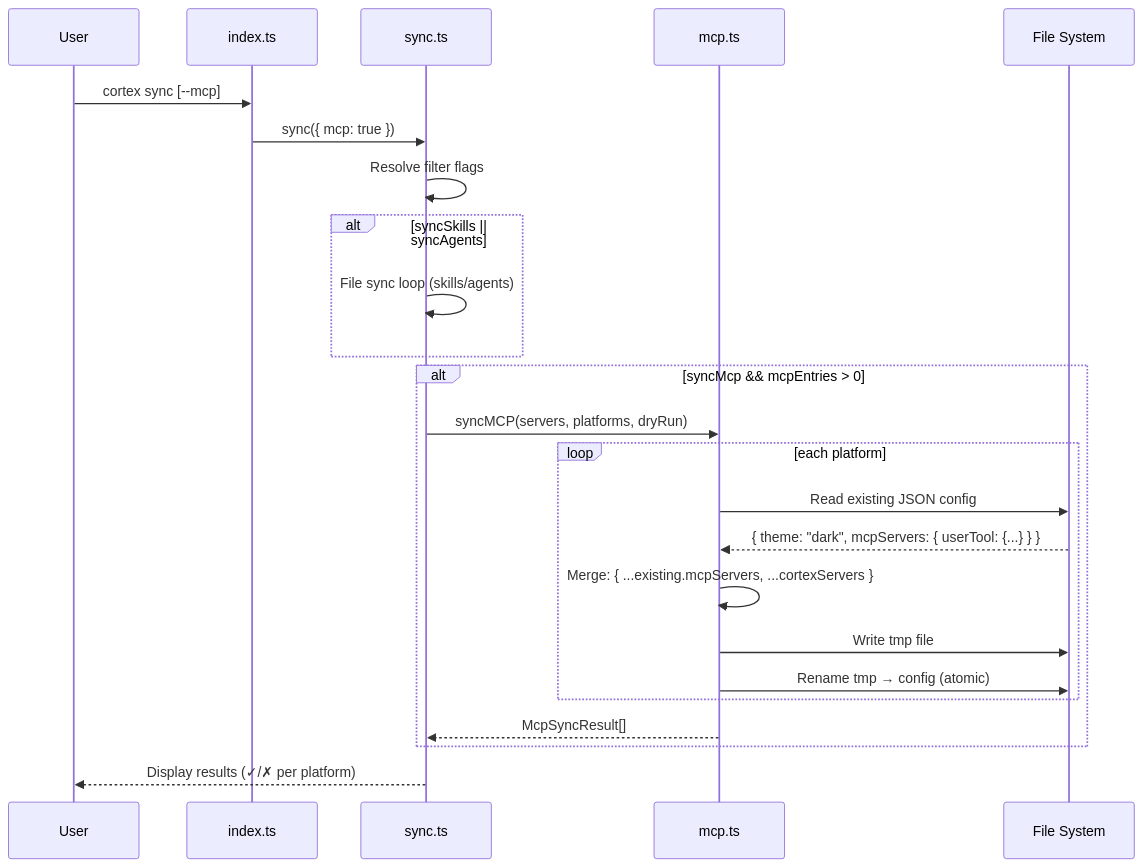
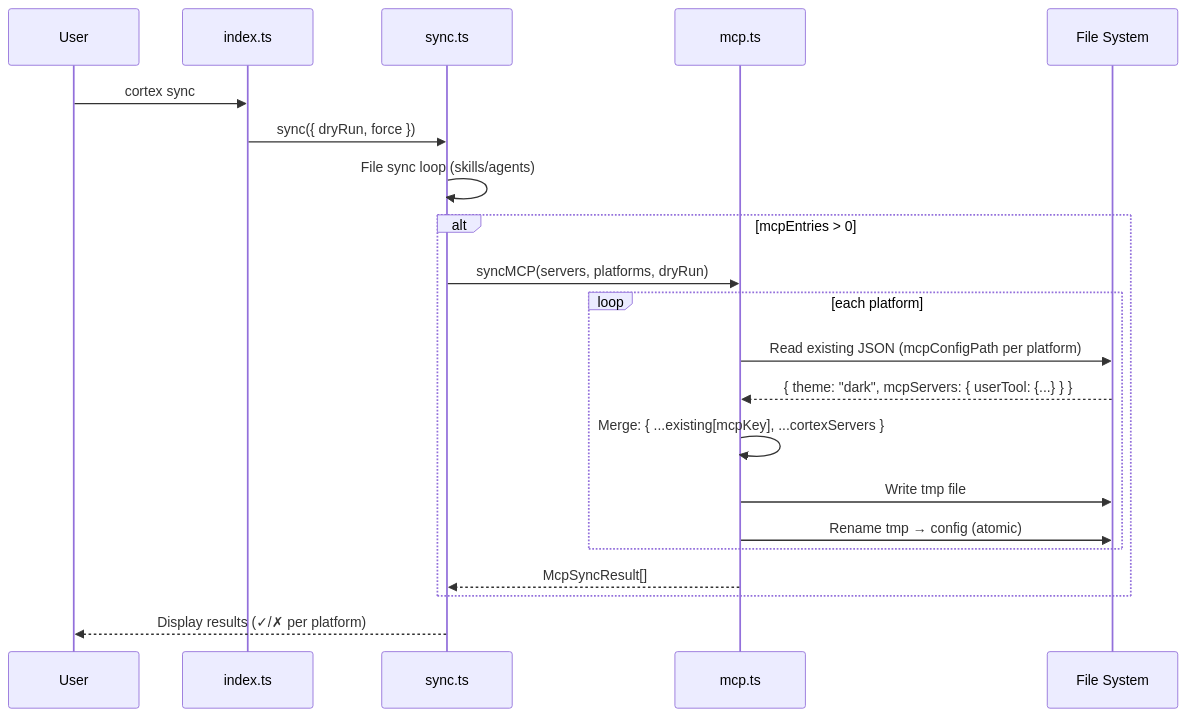
Before and after one commit to IgnacioCastro0713/cortex: the second of 3 diagrams in docs/mcp-sync-design.md, drawn with Mermaid. The commit also changed other lines of this file and 15 other files, not shown here.

First line of the commit message:
feat: add support for Claude CLI in MCP sync

````diff
--- a/docs/mcp-sync-design.md
+++ b/docs/mcp-sync-design.md
@@ -237,30 +187,27 @@
 ```mermaid
 sequenceDiagram
     participant User
     participant CLI as index.ts
     participant Sync as sync.ts
     participant MCP as mcp.ts
     participant FS as File System
 
-    User->>CLI: cortex sync [--mcp]
-    CLI->>Sync: sync({ mcp: true })
-    Sync->>Sync: Resolve filter flags
+    User->>CLI: cortex sync
+    CLI->>Sync: sync({ dryRun, force })
 
-    alt syncSkills || syncAgents
-        Sync->>Sync: File sync loop (skills/agents)
-    end
+    Sync->>Sync: File sync loop (skills/agents)
 
-    alt syncMcp && mcpEntries > 0
+    alt mcpEntries > 0
         Sync->>MCP: syncMCP(servers, platforms, dryRun)
         loop each platform
-            MCP->>FS: Read existing JSON config
+            MCP->>FS: Read existing JSON (mcpConfigPath per platform)
             FS-->>MCP: { theme: "dark", mcpServers: { userTool: {...} } }
-            MCP->>MCP: Merge: { ...existing.mcpServers, ...cortexServers }
+            MCP->>MCP: Merge: { ...existing[mcpKey], ...cortexServers }
             MCP->>FS: Write tmp file
             MCP->>FS: Rename tmp → config (atomic)
         end
         MCP-->>Sync: McpSyncResult[]
     end
 
     Sync-->>User: Display results (✓/✗ per platform)
 ```
````
